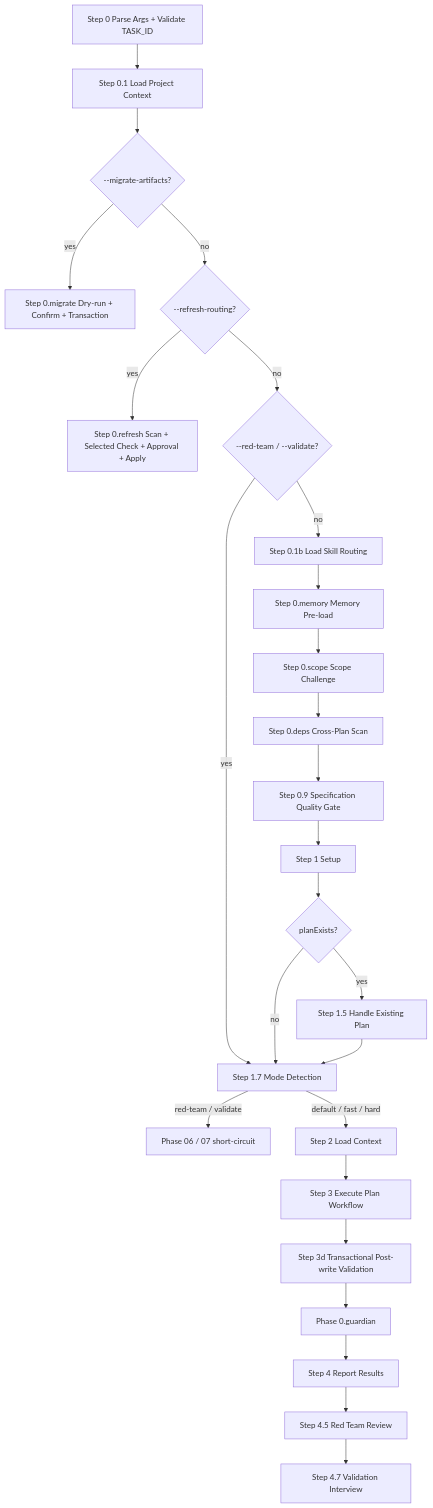
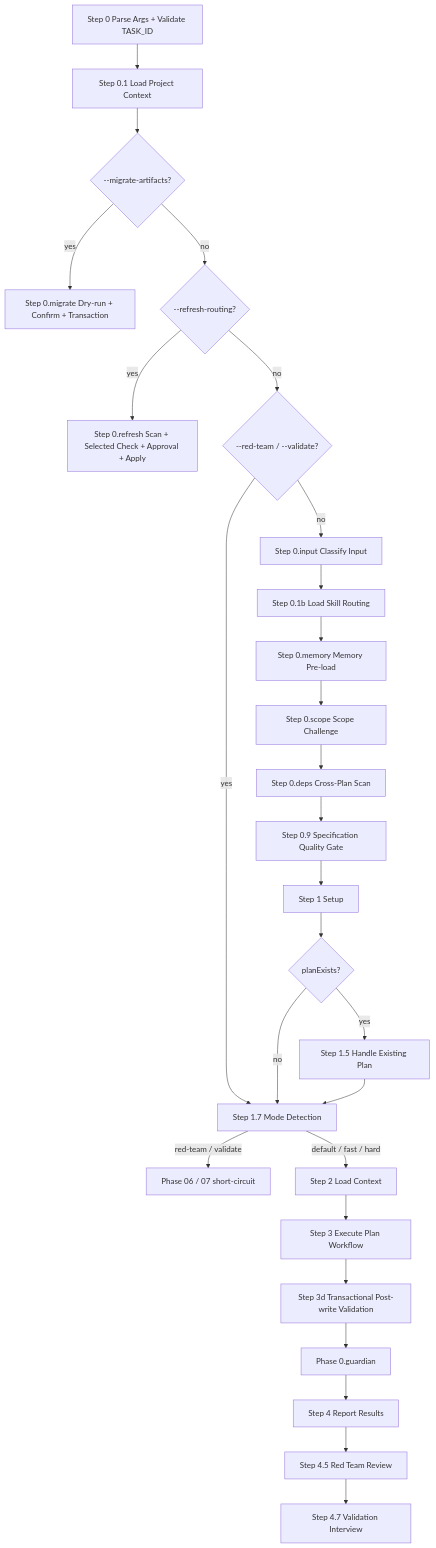
Before and after one commit to vinhltt/tdk: the diagram in .specify/plugins/tdk-core/skills/tdk-plan/SKILL.md, drawn with Mermaid. The commit also changed other lines of this file and 63 other files, not shown here.

````diff
--- a/.specify/plugins/tdk-core/skills/tdk-plan/SKILL.md
+++ b/.specify/plugins/tdk-core/skills/tdk-plan/SKILL.md
@@ -60,28 +60,29 @@
 ```mermaid
 flowchart TD
     A[Step 0 Parse Args + Validate TASK_ID] --> B[Step 0.1 Load Project Context]
     B --> BM{--migrate-artifacts?}
     BM -->|yes| MW[Step 0.migrate Dry-run + Confirm + Transaction]
     BM -->|no| BR{--refresh-routing?}
     BR -->|yes| RW[Step 0.refresh Scan + Selected Check + Approval + Apply]
     BR -->|no| RV{--red-team / --validate?}
     RV -->|yes| M
-    RV -->|no| B2[Step 0.1b Load Skill Routing]
+    RV -->|no| IN[Step 0.input Classify Input]
+    IN --> B2[Step 0.1b Load Skill Routing]
     B2 --> C[Step 0.memory Memory Pre-load]
     C --> S[Step 0.scope Scope Challenge]
     S --> X[Step 0.deps Cross-Plan Scan]
     X --> Q[Step 0.9 Specification Quality Gate]
     Q --> D[Step 1 Setup]
     D --> E{planExists?}
     E -->|yes| F[Step 1.5 Handle Existing Plan]
     E -->|no| M[Step 1.7 Mode Detection]
     F --> M
     M -->|red-team / validate| RT[Phase 06 / 07 short-circuit]
     M -->|default / fast / hard| G[Step 2 Load Context]
     G --> H[Step 3 Execute Plan Workflow]
     H --> PV[Step 3d Transactional Post-write Validation]
     PV --> I[Phase 0.guardian]
     I --> J[Step 4 Report Results]
     J --> RT2[Step 4.5 Red Team Review]
     RT2 --> V[Step 4.7 Validation Interview]
 ```
````
